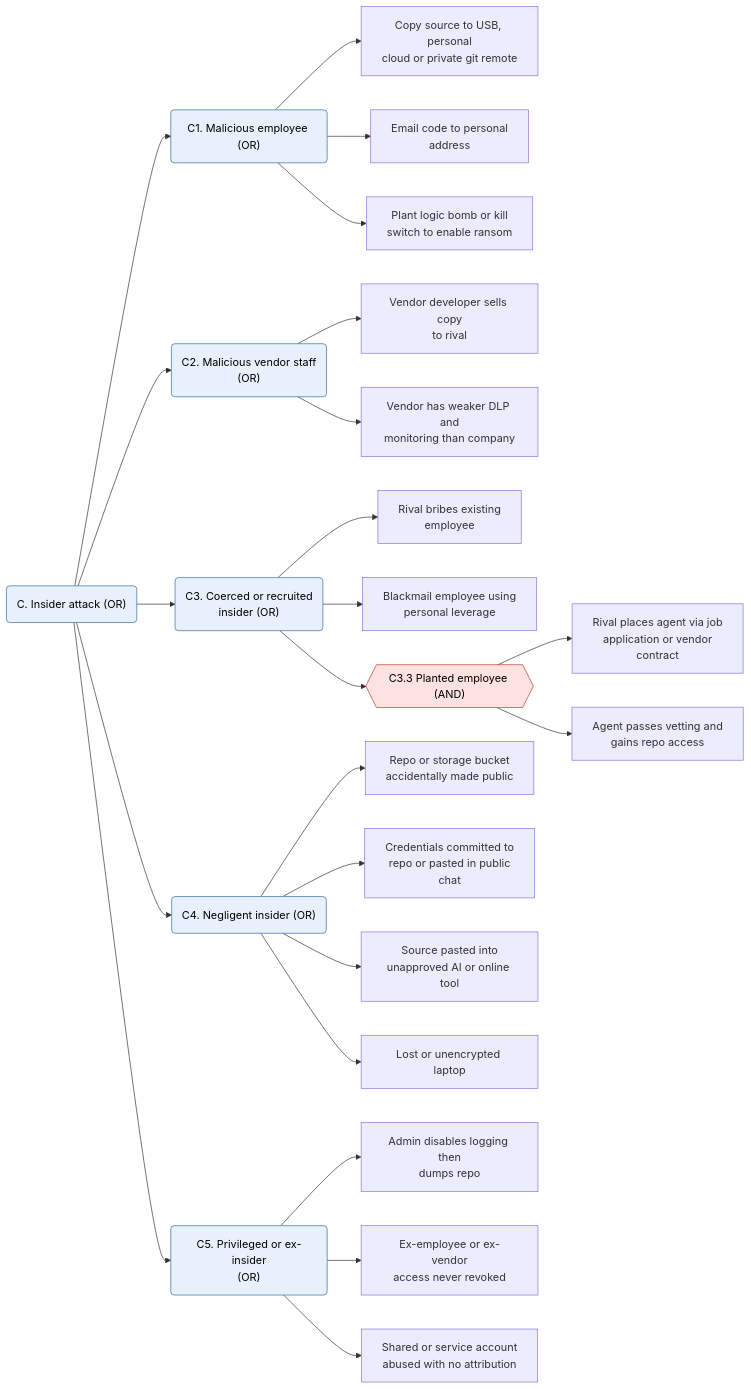
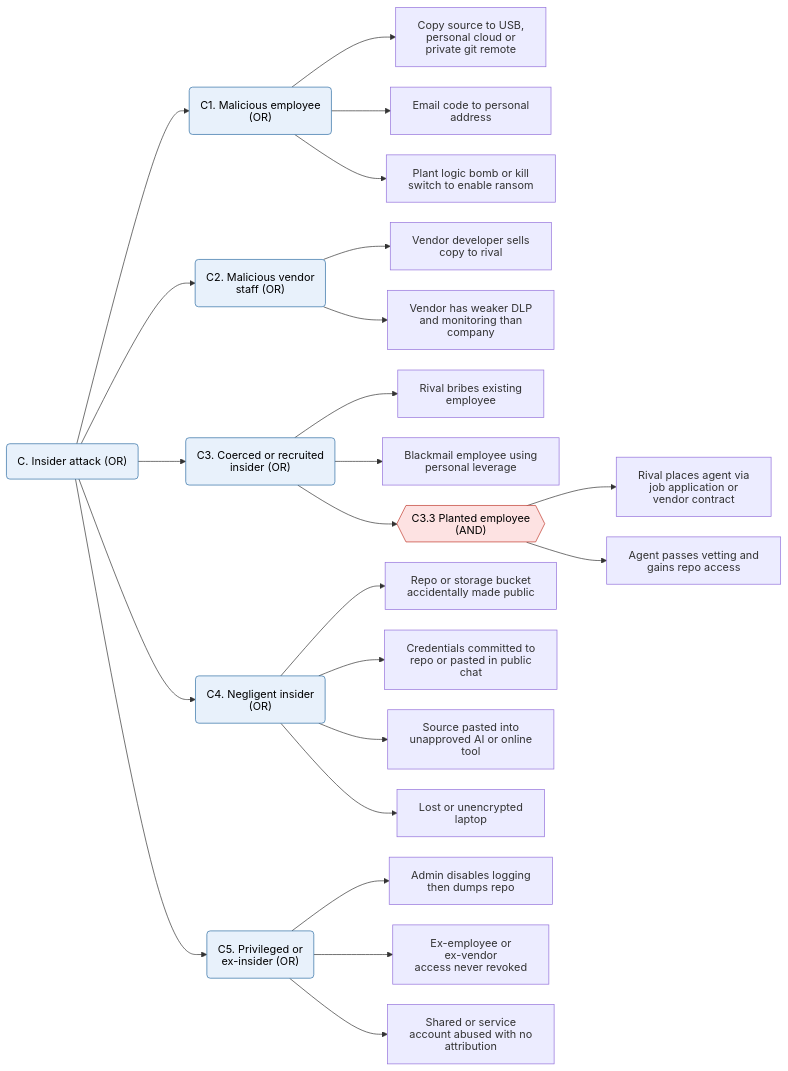
The sixth of 9 diagrams in cybersecurity-architecture/lesson-02.md (amandewatnitrr/hacking-tutorial), drawn with Mermaid before and after one commit. The commit also changed other lines of this file, not shown here.

Commit message:
Cybersecurity Architecture -> Threat Modelling -> Attack Tree

````diff
--- a/cybersecurity-architecture/lesson-02.md
+++ b/cybersecurity-architecture/lesson-02.md
@@ -378,36 +380,37 @@
 ```mermaid
+%%{init: {"htmlLabels": false, "flowchart": {"htmlLabels": false, "padding": 16, "nodeSpacing": 30, "rankSpacing": 70}}}%%
 graph LR
     C("C. Insider attack (OR)")
-    C --> C1("C1. Malicious employee (OR)")
-    C --> C2("C2. Malicious vendor staff<br/>(OR)")
+    C --> C1("C1. Malicious employee<br/>(OR)")
+    C --> C2("C2. Malicious vendor<br/>staff (OR)")
     C --> C3("C3. Coerced or recruited<br/>insider (OR)")
-    C --> C4("C4. Negligent insider (OR)")
-    C --> C5("C5. Privileged or ex-insider<br/>(OR)")
+    C --> C4("C4. Negligent insider<br/>(OR)")
+    C --> C5("C5. Privileged or<br/>ex-insider (OR)")
 
-    C1 --> C11["Copy source to USB, personal<br/>cloud or private git remote"]
+    C1 --> C11["Copy source to USB,<br/>personal cloud or<br/>private git remote"]
     C1 --> C12["Email code to personal<br/>address"]
     C1 --> C13["Plant logic bomb or kill<br/>switch to enable ransom"]
 
-    C2 --> C21["Vendor developer sells copy<br/>to rival"]
-    C2 --> C22["Vendor has weaker DLP and<br/>monitoring than company"]
+    C2 --> C21["Vendor developer sells<br/>copy to rival"]
+    C2 --> C22["Vendor has weaker DLP<br/>and monitoring than<br/>company"]
 
     C3 --> C31["Rival bribes existing<br/>employee"]
     C3 --> C32["Blackmail employee using<br/>personal leverage"]
-    C3 --> C33{{"C3.3 Planted employee (AND)"}}
-    C33 --> C331["Rival places agent via job<br/>application or vendor<br/>contract"]
+    C3 --> C33{{"C3.3 Planted employee<br/>(AND)"}}
+    C33 --> C331["Rival places agent via<br/>job application or<br/>vendor contract"]
     C33 --> C332["Agent passes vetting and<br/>gains repo access"]
 
     C4 --> C41["Repo or storage bucket<br/>accidentally made public"]
     C4 --> C42["Credentials committed to<br/>repo or pasted in public<br/>chat"]
-    C4 --> C43["Source pasted into<br/>unapproved AI or online tool"]
-    C4 --> C44["Lost or unencrypted laptop"]
+    C4 --> C43["Source pasted into<br/>unapproved AI or online<br/>tool"]
+    C4 --> C44["Lost or unencrypted<br/>laptop"]
 
-    C5 --> C51["Admin disables logging then<br/>dumps repo"]
+    C5 --> C51["Admin disables logging<br/>then dumps repo"]
     C5 --> C52["Ex-employee or ex-vendor<br/>access never revoked"]
-    C5 --> C53["Shared or service account<br/>abused with no attribution"]
+    C5 --> C53["Shared or service<br/>account abused with no<br/>attribution"]
 
     classDef and fill:#fde2e2,stroke:#c0392b,color:#000;
     classDef or fill:#e8f1fb,stroke:#2e6da4,color:#000;
     class C33 and;
     class C,C1,C2,C3,C4,C5 or;
 ```
````
